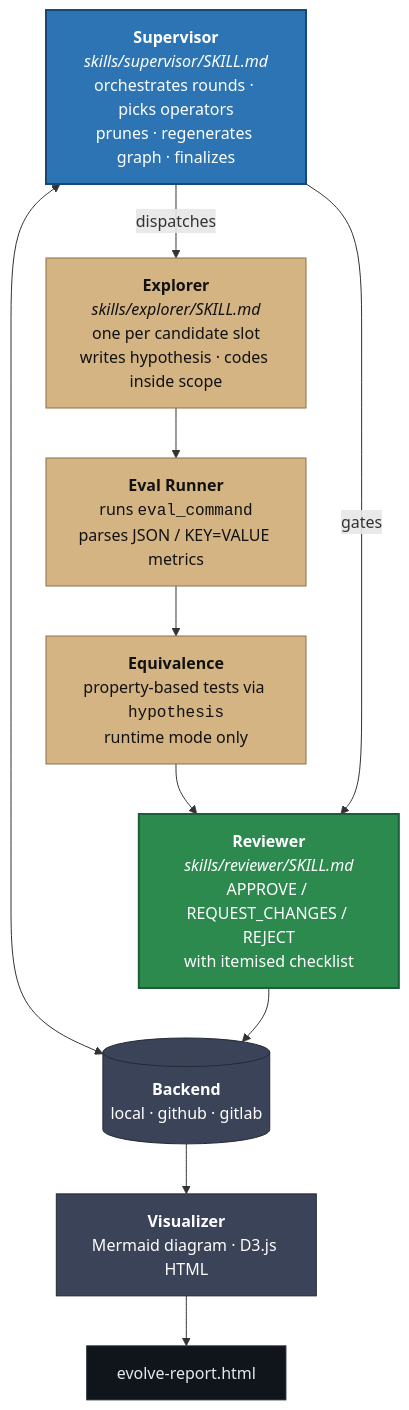
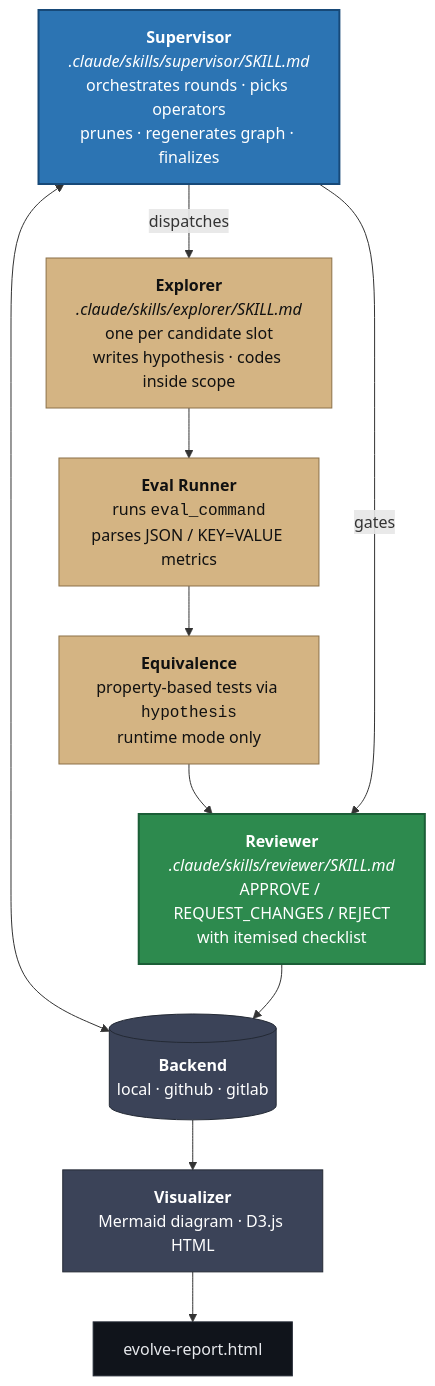
One commit to kyleyhw/agent-evolve changed the first of 2 diagrams in README.md. Above: the diagram before and after it, drawn with Mermaid. The commit also changed other lines of this file and 8 other files, not shown here.

First line of the commit message:
Move skills under .claude/skills/ for Claude Code auto-discovery

````diff
--- a/README.md
+++ b/README.md
@@ -204,30 +227,30 @@
 ```mermaid
 flowchart TD
-    S["<b>Supervisor</b><br/><i>skills/supervisor/SKILL.md</i><br/>orchestrates rounds · picks operators<br/>prunes · regenerates graph · finalizes"]
-    E["<b>Explorer</b><br/><i>skills/explorer/SKILL.md</i><br/>one per candidate slot<br/>writes hypothesis · codes inside scope"]
+    S["<b>Supervisor</b><br/><i>.claude/skills/supervisor/SKILL.md</i><br/>orchestrates rounds · picks operators<br/>prunes · regenerates graph · finalizes"]
+    E["<b>Explorer</b><br/><i>.claude/skills/explorer/SKILL.md</i><br/>one per candidate slot<br/>writes hypothesis · codes inside scope"]
     R["<b>Eval Runner</b><br/>runs <code>eval_command</code><br/>parses JSON / KEY=VALUE metrics"]
     Q["<b>Equivalence</b><br/>property-based tests via <code>hypothesis</code><br/>runtime mode only"]
-    V["<b>Reviewer</b><br/><i>skills/reviewer/SKILL.md</i><br/>APPROVE / REQUEST_CHANGES / REJECT<br/>with itemised checklist"]
+    V["<b>Reviewer</b><br/><i>.claude/skills/reviewer/SKILL.md</i><br/>APPROVE / REQUEST_CHANGES / REJECT<br/>with itemised checklist"]
     B[("<b>Backend</b><br/>local · github · gitlab")]
     Z["<b>Visualizer</b><br/>Mermaid diagram · D3.js HTML"]
     H["evolve-report.html"]
 
     S -- "dispatches" --> E
     E --> R
     R --> Q
     Q --> V
     S -- "gates" --> V
     S <--> B
     V --> B
     B --> Z
     Z --> H
 
     style S fill:#2c74b3,color:#fff,stroke:#174978,stroke-width:2px
     style V fill:#2d8a4e,color:#fff,stroke:#1b5e37,stroke-width:2px
     style E fill:#d4b483,color:#111,stroke:#8c7148
     style R fill:#d4b483,color:#111,stroke:#8c7148
     style Q fill:#d4b483,color:#111,stroke:#8c7148
     style B fill:#3b4358,color:#fff,stroke:#242a35
     style Z fill:#3b4358,color:#fff,stroke:#242a35
     style H fill:#10141b,color:#e6e8ec,stroke:#242a35
 ```
````
